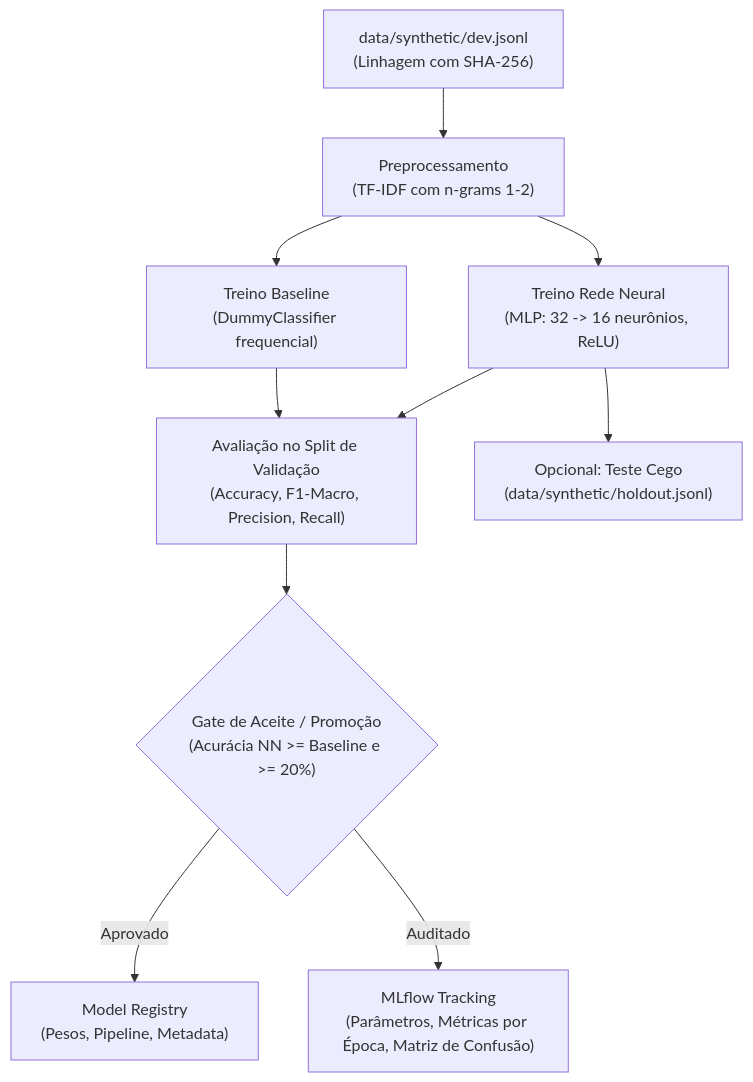
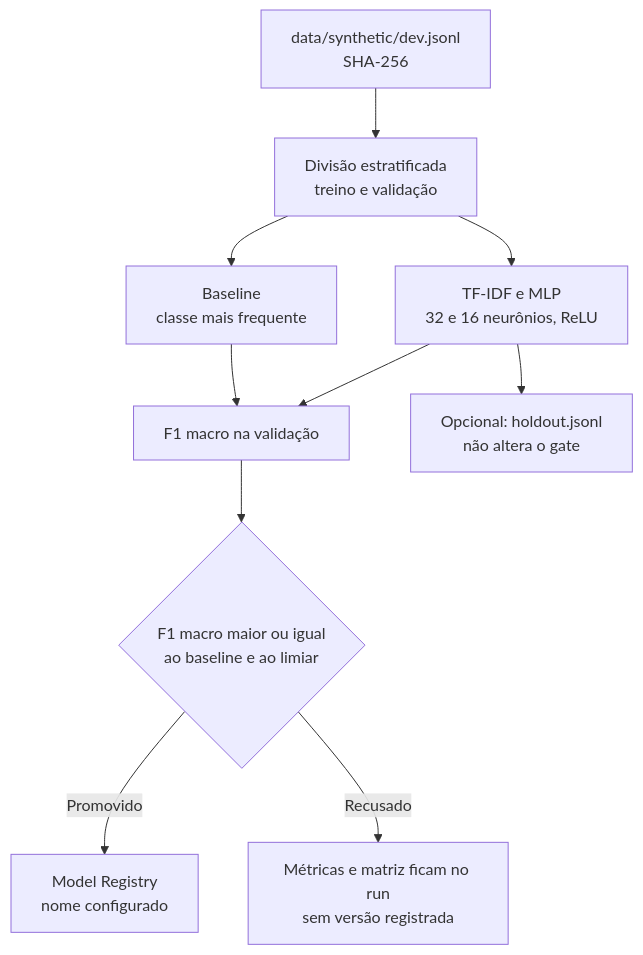
The diagram in docs/mlops.md (007-Licensa-Para-Executar/challenge-2-base), drawn with Mermaid before and after one commit. The commit also changed other lines of this file and 20 other files, not shown here.

First line of the commit message:
fix: promover a rede só pelo F1 macro e registrar o modelo com rastreio fiel

````diff
--- a/docs/mlops.md
+++ b/docs/mlops.md
@@ -11,12 +13,12 @@
 ```mermaid
 flowchart TD
-    A["data/synthetic/dev.jsonl<br/>(Linhagem com SHA-256)"] --> B["Preprocessamento<br/>(TF-IDF com n-grams 1-2)"]
-    B --> C["Treino Baseline<br/>(DummyClassifier frequencial)"]
-    B --> D["Treino Rede Neural<br/>(MLP: 32 -> 16 neurônios, ReLU)"]
-    C --> E["Avaliação no Split de Validação<br/>(Accuracy, F1-Macro, Precision, Recall)"]
+    A["data/synthetic/dev.jsonl<br/>SHA-256"] --> B["Divisão estratificada<br/>treino e validação"]
+    B --> C["Baseline<br/>classe mais frequente"]
+    B --> D["TF-IDF e MLP<br/>32 e 16 neurônios, ReLU"]
+    C --> E["F1 macro na validação"]
     D --> E
-    E --> F{"Gate de Aceite / Promoção<br/>(Acurácia NN >= Baseline e >= 20%)"}
-    F -->|Aprovado| G["Model Registry<br/>(Pesos, Pipeline, Metadata)"]
-    F -->|Auditado| H["MLflow Tracking<br/>(Parâmetros, Métricas por Época, Matriz de Confusão)"]
-    D --> I["Opcional: Teste Cego<br/>(data/synthetic/holdout.jsonl)"]
+    E --> F{"F1 macro maior ou igual<br/>ao baseline e ao limiar"}
+    F -->|Promovido| G["Model Registry<br/>nome configurado"]
+    F -->|Recusado| H["Métricas e matriz ficam no run<br/>sem versão registrada"]
+    D --> I["Opcional: holdout.jsonl<br/>não altera o gate"]
 ```
````
